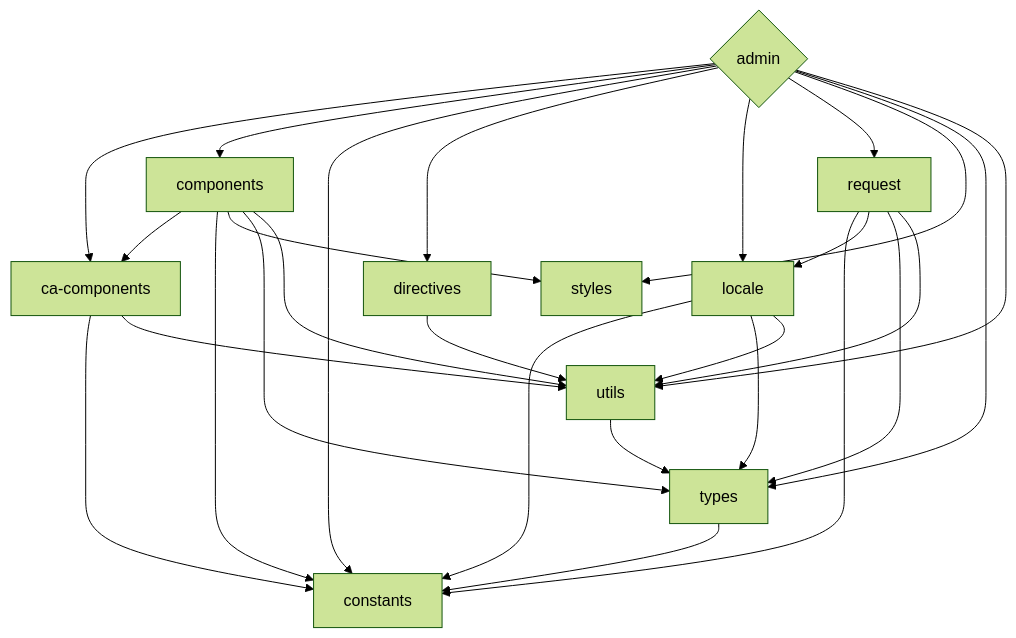
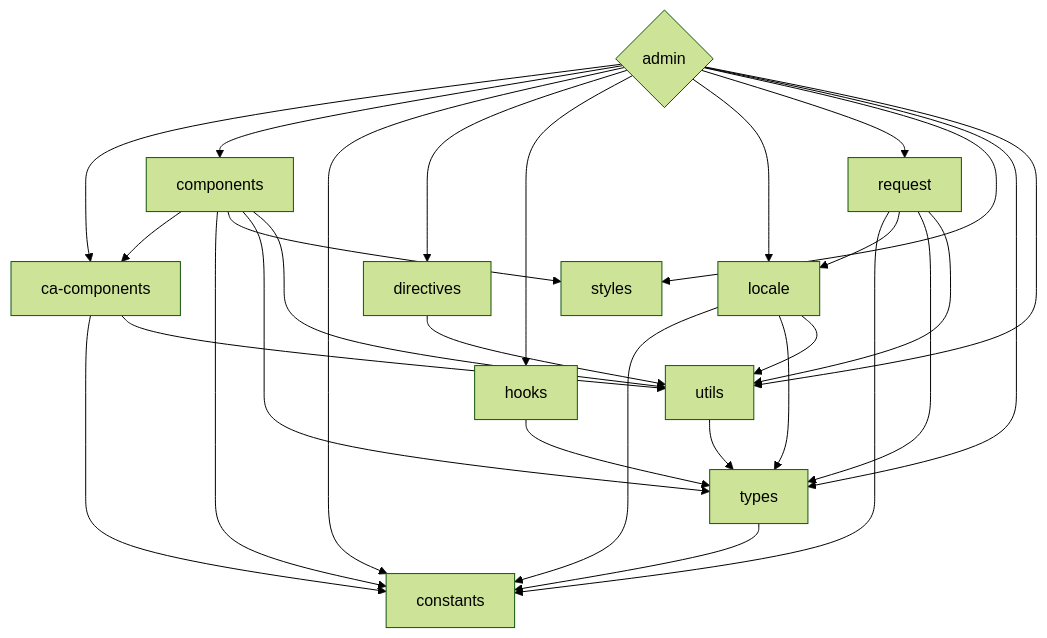
Before and after one commit to kirklin/celeris-web: the diagram in README.md, drawn with Mermaid (forest theme). The commit also changed 7 other files, not shown here.

````diff
--- a/README.md
+++ b/README.md
@@ -50,38 +50,41 @@
 ```mermaid
  graph TD
    admin{admin}
    admin --> ca-components
    admin --> components
    admin --> constants
    admin --> directives
+   admin --> hooks
    admin --> locale
    admin --> request
    admin --> styles
    admin --> types
    admin --> utils
    components
    components --> ca-components
    components --> constants
    components --> styles
    components --> types
    components --> utils
    ca-components
    ca-components --> constants
    ca-components --> utils
    directives
    directives --> utils
+   hooks
+   hooks --> types
    locale
    locale --> constants
    locale --> types
    locale --> utils
    request
    request --> constants
    request --> locale
    request --> types
    request --> utils
    types
    types --> constants
    utils
    utils --> types  
    
 ```
````
